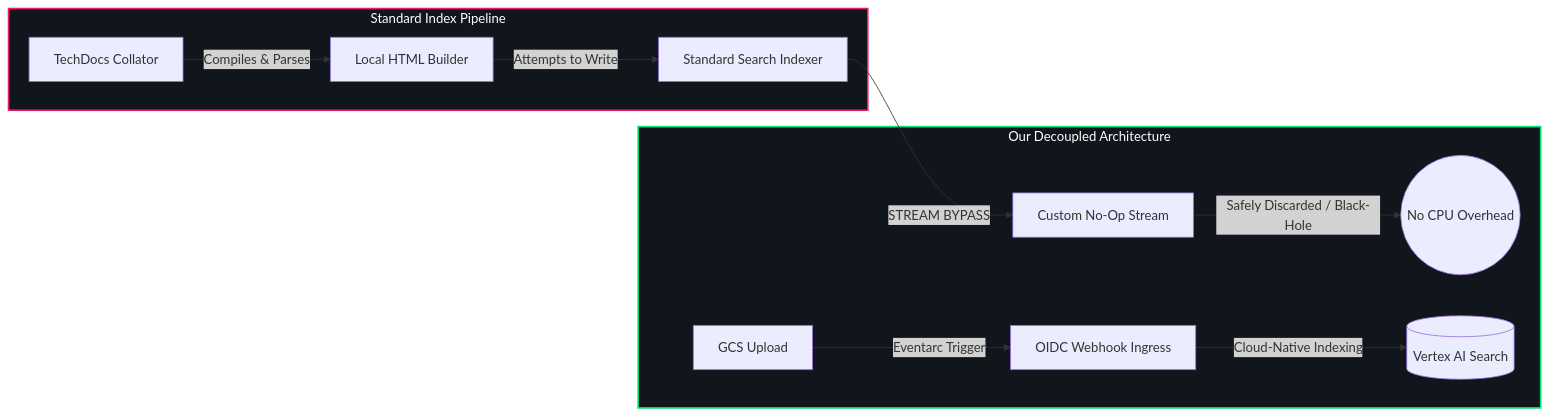
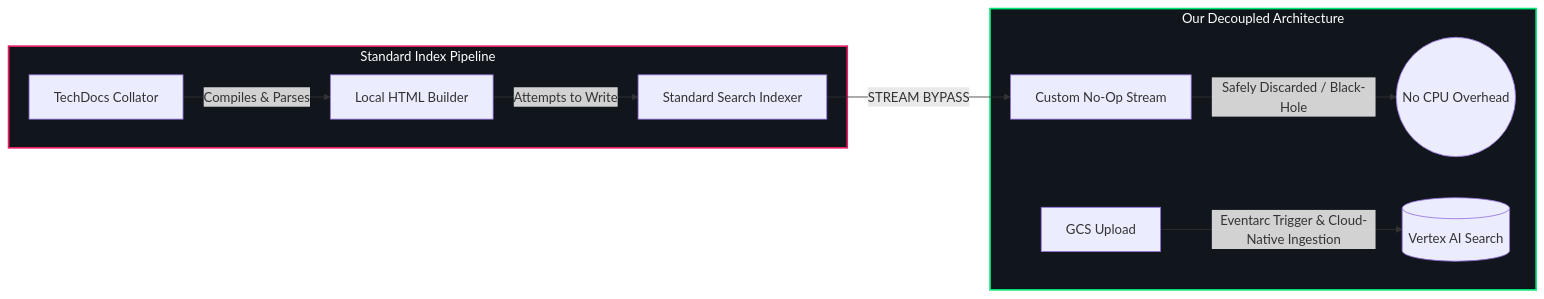
The diagram in workspaces/hybrid-search/plugins/search-backend-module-vertexai/README.md (backstage/community-plugins), drawn with Mermaid before and after one commit. The commit also changed other lines of this file and 21 other files, not shown here.

````diff
--- a/workspaces/hybrid-search/plugins/search-backend-module-vertexai/README.md
+++ b/workspaces/hybrid-search/plugins/search-backend-module-vertexai/README.md
@@ -16,18 +15,17 @@
 ```mermaid
 graph LR
     subgraph StandardPipeline [Standard Index Pipeline]
         A[TechDocs Collator] -->|Compiles & Parses| B[Local HTML Builder]
         B -->|Attempts to Write| C[Standard Search Indexer]
     end
 
     subgraph DecoupledPipeline [Our Decoupled Architecture]
         C -->|STREAM BYPASS| D[Custom No-Op Stream]
         D -->|Safely Discarded / Black-Hole| E((No CPU Overhead))
 
-        F[GCS Upload] -->|Eventarc Trigger| G[OIDC Webhook Ingress]
-        G -->|Cloud-Native Indexing| H[(Vertex AI Search)]
+        F[GCS Upload] -->|Eventarc Trigger & Cloud-Native Ingestion| H[(Vertex AI Search)]
     end
 
     style StandardPipeline fill:#11151c,stroke:#e91e63,stroke-width:2px,color:#ffffff
     style DecoupledPipeline fill:#11151c,stroke:#00e676,stroke-width:2px,color:#ffffff
 ```
````
